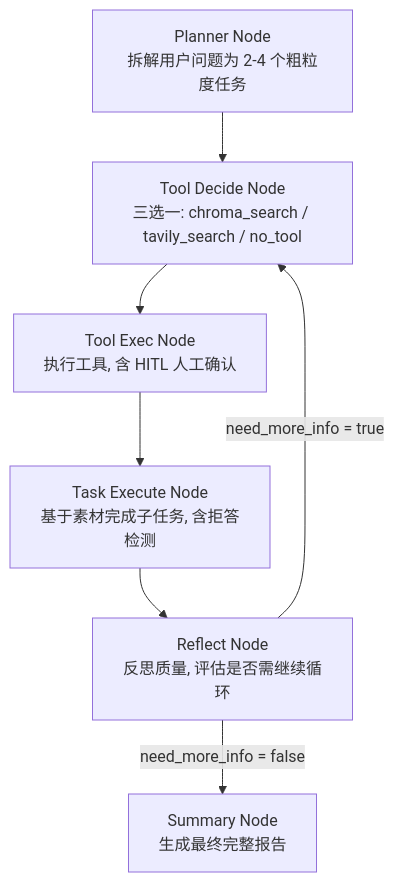
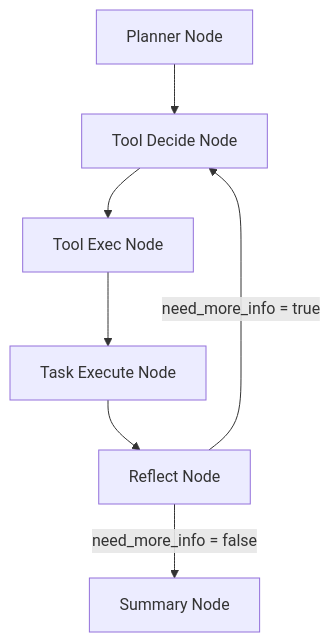
Before and after one commit to Wang-qi-git/langgraph-mes-business-agent: the diagram in README.md, drawn with Mermaid. The commit also changed other lines of this file, not shown here.

````diff
--- a/README.md
+++ b/README.md
@@ -34,9 +43,9 @@
 ```mermaid
 flowchart TD
-    A[Planner Node<br/>拆解用户问题为 2-4 个粗粒度任务] --> B[Tool Decide Node<br/>三选一: chroma_search / tavily_search / no_tool]
-    B --> C[Tool Exec Node<br/>执行工具, 含 HITL 人工确认]
-    C --> D[Task Execute Node<br/>基于素材完成子任务, 含拒答检测]
-    D --> E[Reflect Node<br/>反思质量, 评估是否需继续循环]
+    A[Planner Node] --> B[Tool Decide Node]
+    B --> C[Tool Exec Node]
+    C --> D[Task Execute Node]
+    D --> E[Reflect Node]
     E -->|need_more_info = true| B
-    E -->|need_more_info = false| F[Summary Node<br/>生成最终完整报告]
+    E -->|need_more_info = false| F[Summary Node]
 ```
````
